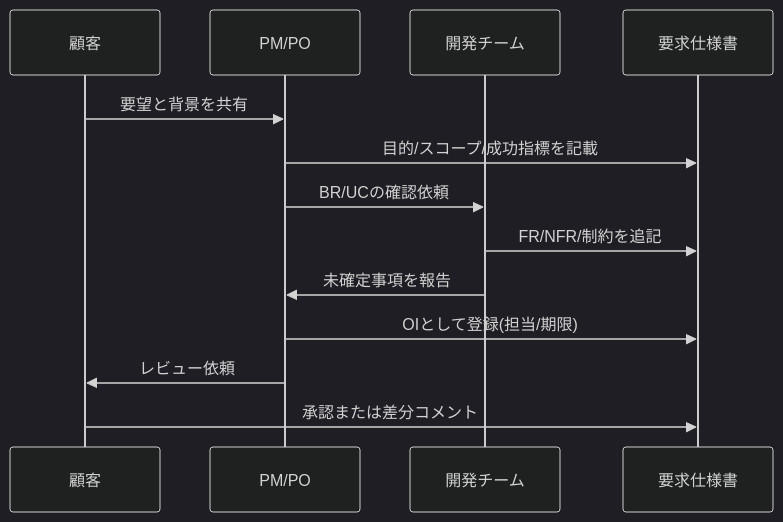
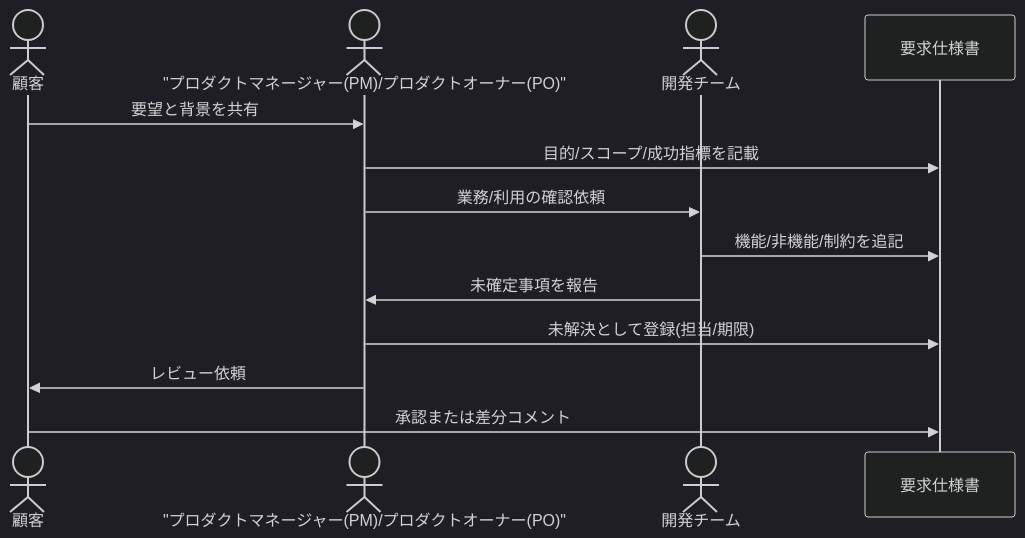
The second of 2 diagrams in README.md (shioki/requirements-to-spec-template), drawn with Mermaid (dark theme) before and after one commit. The commit also changed other lines of this file and 12 other files, not shown here.

````diff
--- a/README.md
+++ b/README.md
@@ -30,16 +30,16 @@
 ```mermaid
 sequenceDiagram
-  participant Customer as 顧客
-  participant PM as PM/PO
-  participant Team as 開発チーム
+  actor Customer as 顧客
+  actor PM as "プロダクトマネージャー(PM)/プロダクトオーナー(PO)"
+  actor Team as 開発チーム
   participant Spec as 要求仕様書
 
   Customer->>PM: 要望と背景を共有
   PM->>Spec: 目的/スコープ/成功指標を記載
-  PM->>Team: BR/UCの確認依頼
-  Team->>Spec: FR/NFR/制約を追記
+  PM->>Team: 業務/利用の確認依頼
+  Team->>Spec: 機能/非機能/制約を追記
   Team->>PM: 未確定事項を報告
-  PM->>Spec: OIとして登録(担当/期限)
+  PM->>Spec: 未解決として登録(担当/期限)
   PM->>Customer: レビュー依頼
   Customer->>Spec: 承認または差分コメント
 ```
````
